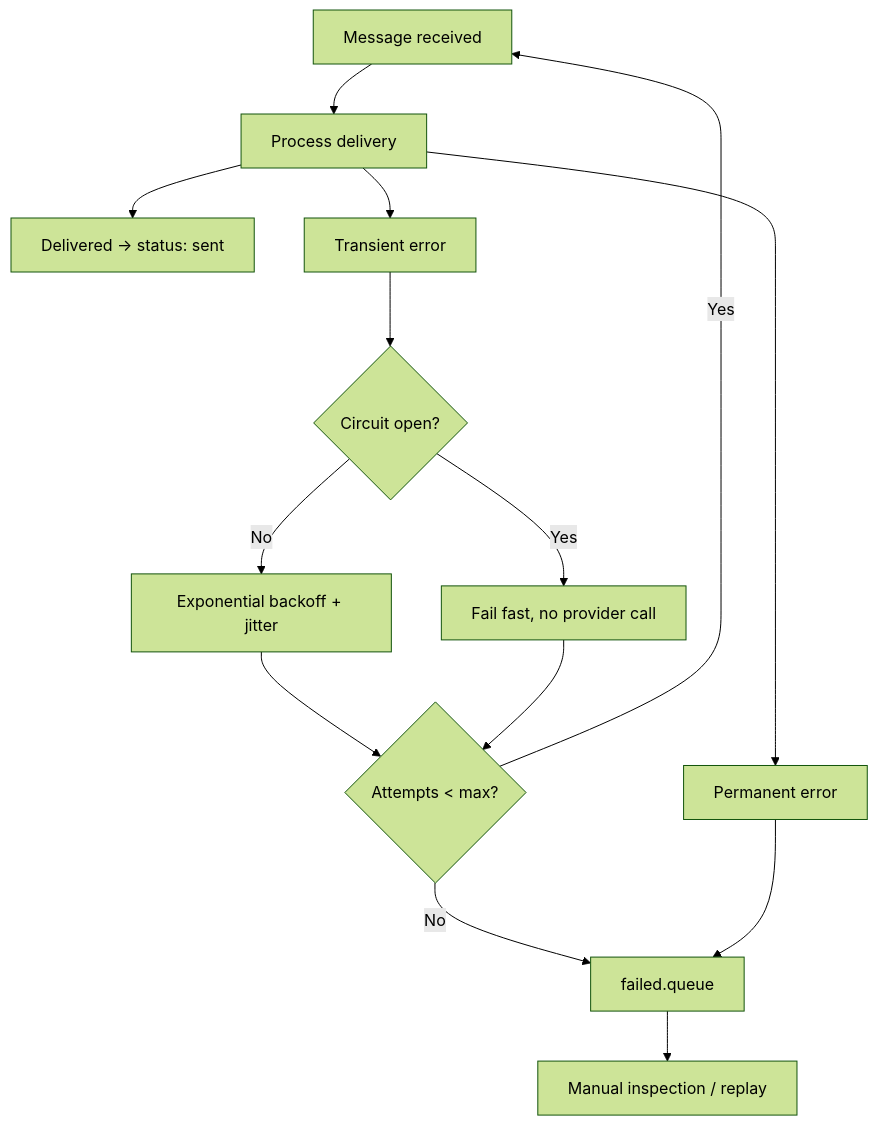
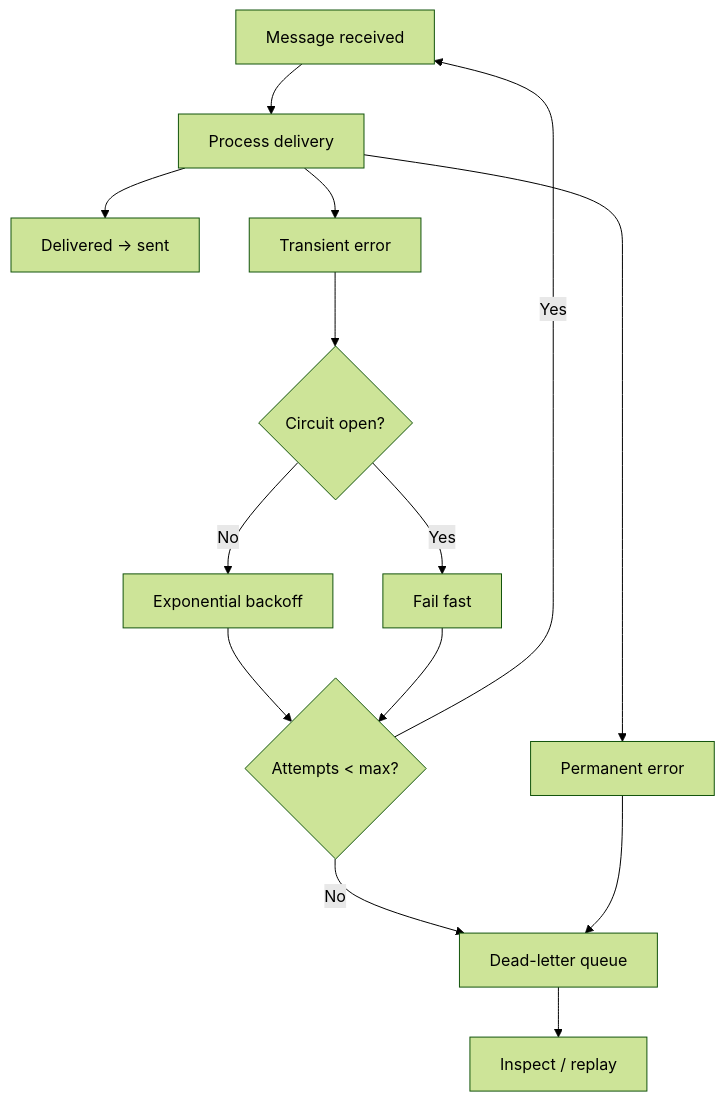
One commit to justinndidit/notification-system changed the third of 3 diagrams in docs/ARCHITECTURE.md. Above: the diagram before and after it, drawn with Mermaid (forest theme). The commit also changed other lines of this file and 12 other files, not shown here.

````diff
--- a/docs/ARCHITECTURE.md
+++ b/docs/ARCHITECTURE.md
@@ -314,16 +341,16 @@
 ```mermaid
 graph TD
   Start[Message received] --> Process[Process delivery]
-  Process --> OK[Delivered → status: sent]
+  Process --> OK[Delivered → sent]
   Process --> Transient[Transient error]
   Process --> Permanent[Permanent error]
   Transient --> Breaker{Circuit open?}
-  Breaker -->|Yes| Fail[Fail fast, no provider call]
-  Breaker -->|No| Backoff[Exponential backoff + jitter]
+  Breaker -->|Yes| Fail[Fail fast]
+  Breaker -->|No| Backoff[Exponential backoff]
   Backoff --> Retry{Attempts < max?}
   Retry -->|Yes| Start
-  Retry -->|No| DLQ[failed.queue]
+  Retry -->|No| DLQ[Dead-letter queue]
   Permanent --> DLQ
   Fail --> Retry
-  DLQ --> Inspect[Manual inspection / replay]
+  DLQ --> Inspect[Inspect / replay]
 ```
````
